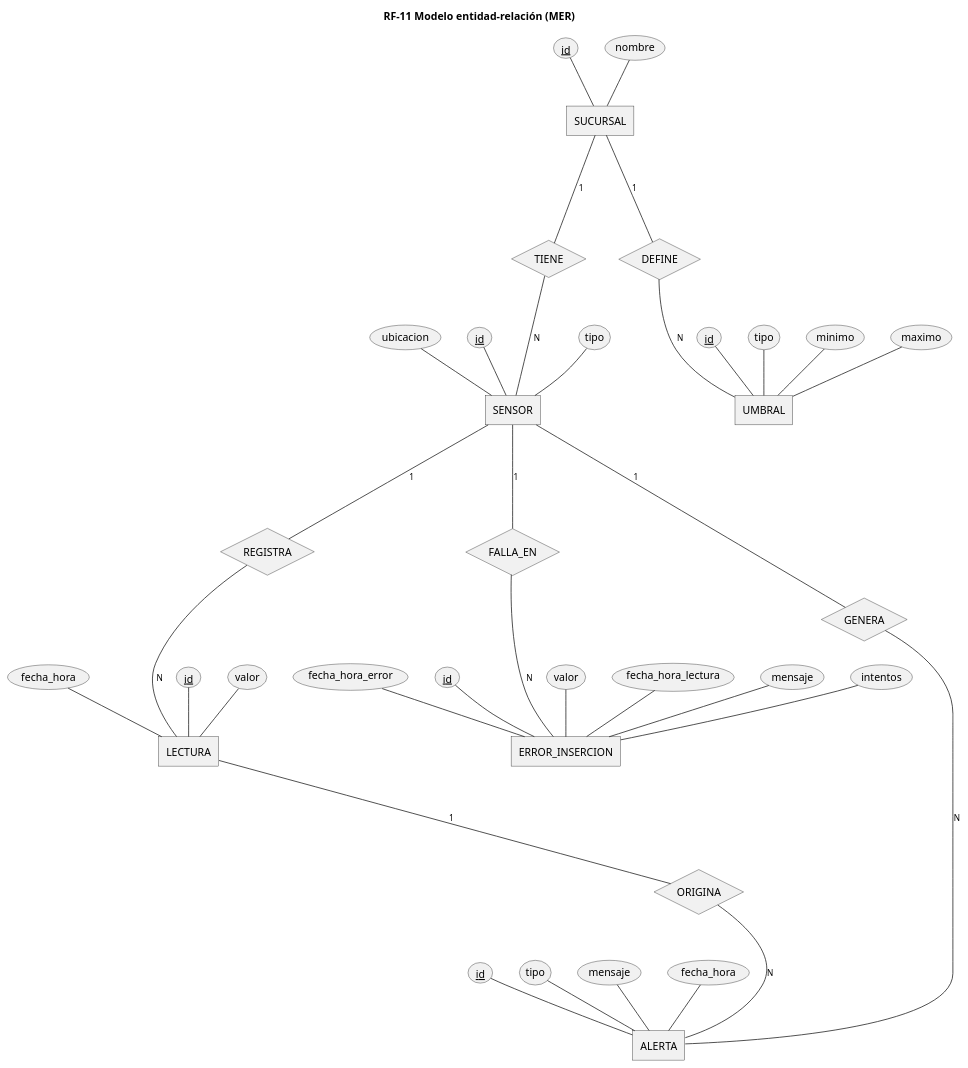
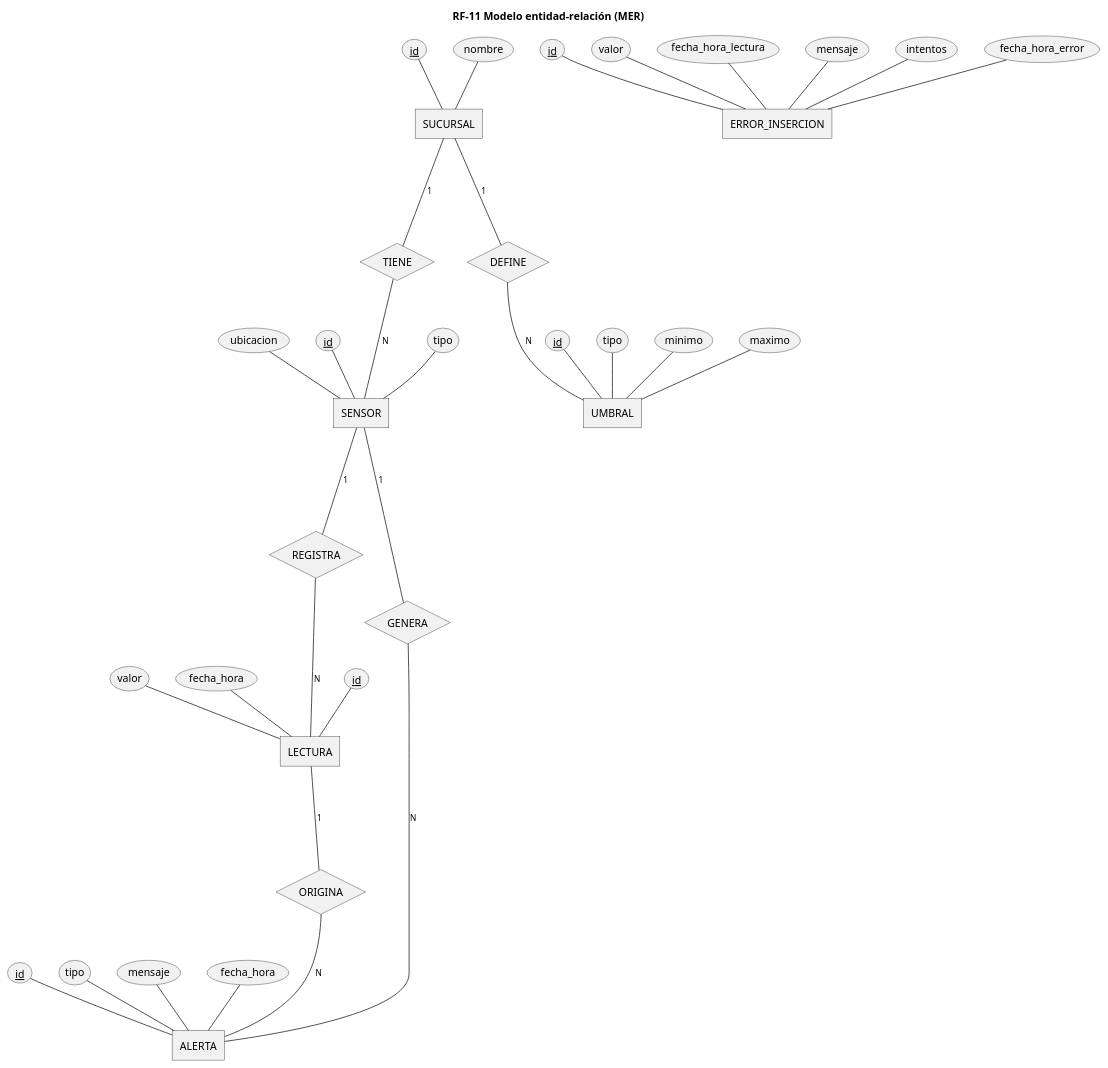
The diagram in etapa3/semana13-avance2/diagramas/mer_rf11.puml (Reas0nt/BookVerse), drawn with PlantUML before and after one commit. The commit also changed 9 other files, not shown here.

First line of the commit message:
fix(etapa3): harden RF-11 schema retry and error log

```diff
--- a/etapa3/semana13-avance2/diagramas/mer_rf11.puml
+++ b/etapa3/semana13-avance2/diagramas/mer_rf11.puml
@@ -1,64 +1,60 @@
 @startchen mer_rf11
 title RF-11 Modelo entidad-relación (MER)
 
 entity SUCURSAL {
   id <<key>>
   nombre
 }
 entity SENSOR {
   id <<key>>
   tipo
   ubicacion
 }
 entity LECTURA {
   id <<key>>
   valor
   fecha_hora
 }
 entity UMBRAL {
   id <<key>>
   tipo
   minimo
   maximo
 }
 entity ALERTA {
   id <<key>>
   tipo
   mensaje
   fecha_hora
 }
 entity ERROR_INSERCION {
   id <<key>>
   valor
   fecha_hora_lectura
   mensaje
   intentos
   fecha_hora_error
 }
 
 relationship TIENE {
 }
 relationship DEFINE {
 }
 relationship REGISTRA {
 }
 relationship GENERA {
 }
 relationship ORIGINA {
 }
-relationship FALLA_EN {
-}
 
 SUCURSAL -1- TIENE
 TIENE -N- SENSOR
 SUCURSAL -1- DEFINE
 DEFINE -N- UMBRAL
 SENSOR -1- REGISTRA
 REGISTRA -N- LECTURA
 SENSOR -1- GENERA
 GENERA -N- ALERTA
 LECTURA -1- ORIGINA
 ORIGINA -N- ALERTA
-SENSOR -1- FALLA_EN
-FALLA_EN -N- ERROR_INSERCION
 @endchen
```
